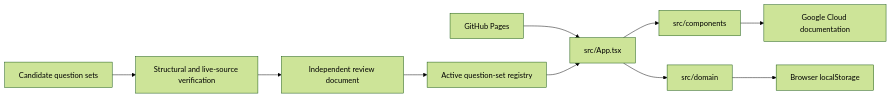
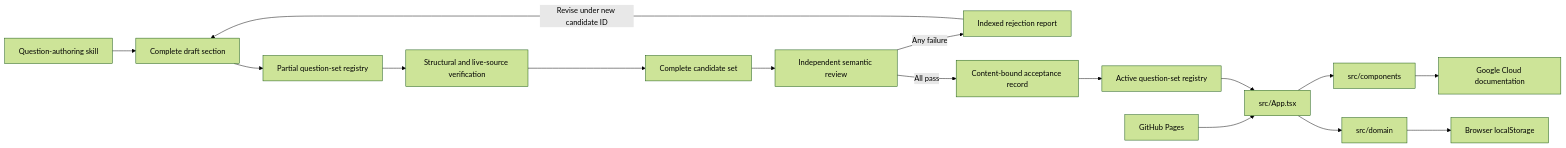
The first of 2 diagrams in docs/architecture.md (bajor/gcp-de-quizzes), drawn with Mermaid (forest theme) before and after one commit. The commit also changed other lines of this file and 12 other files, not shown here.

Commit message:
Document content-bound question activation

````diff
--- a/docs/architecture.md
+++ b/docs/architecture.md
@@ -28,12 +33,18 @@
 ```mermaid
 flowchart LR
   Pages[GitHub Pages] --> App[src/App.tsx]
-  Draft[Candidate question sets] --> Verify[Structural and live-source verification]
-  Verify --> Review[Independent review document]
-  Review --> Registry[Active question-set registry]
+  Skill[Question-authoring skill] --> Section[Complete draft section]
+  Section --> Draft[Partial question-set registry]
+  Draft --> Verify[Structural and live-source verification]
+  Verify --> Candidate[Complete candidate set]
+  Candidate --> Review[Independent semantic review]
+  Review -->|Any failure| Rejection[Indexed rejection report]
+  Rejection -->|Revise under new candidate ID| Section
+  Review -->|All pass| Acceptance[Content-bound acceptance record]
+  Acceptance --> Registry[Active question-set registry]
   Registry --> App
   App --> Components[src/components]
   App --> Domain[src/domain]
   Domain --> Storage[Browser localStorage]
   Components --> Sources[Google Cloud documentation]
 ```
````
